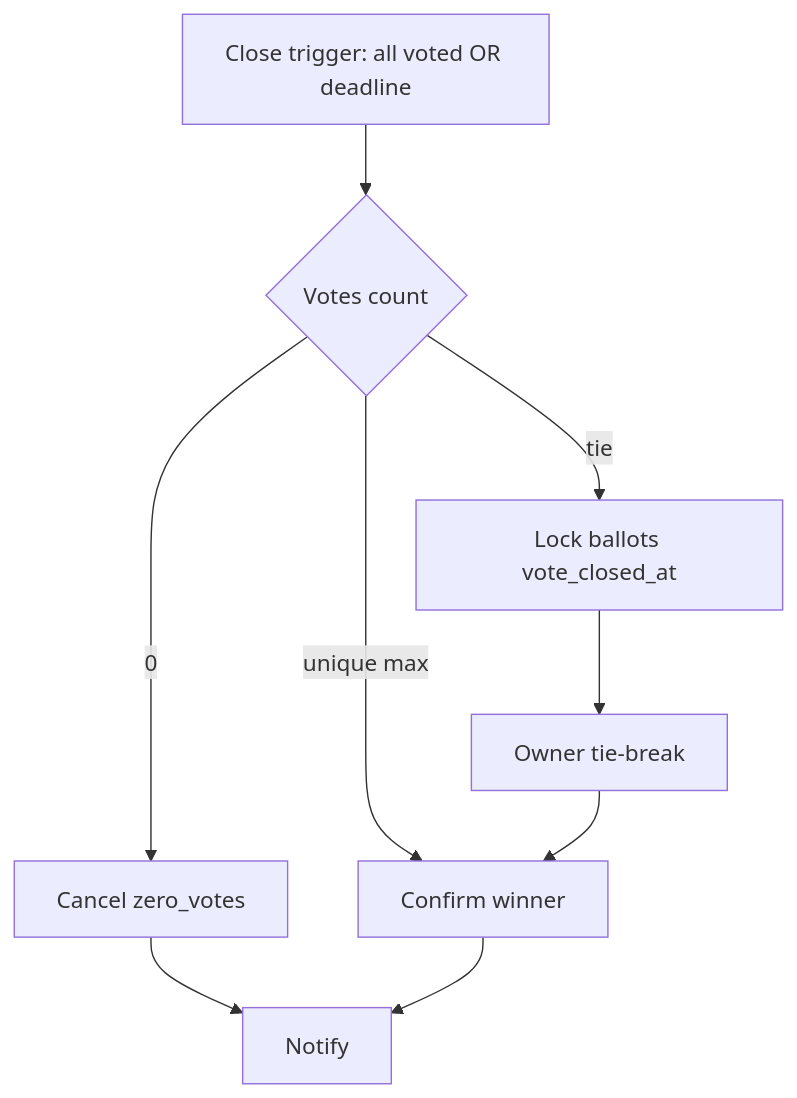
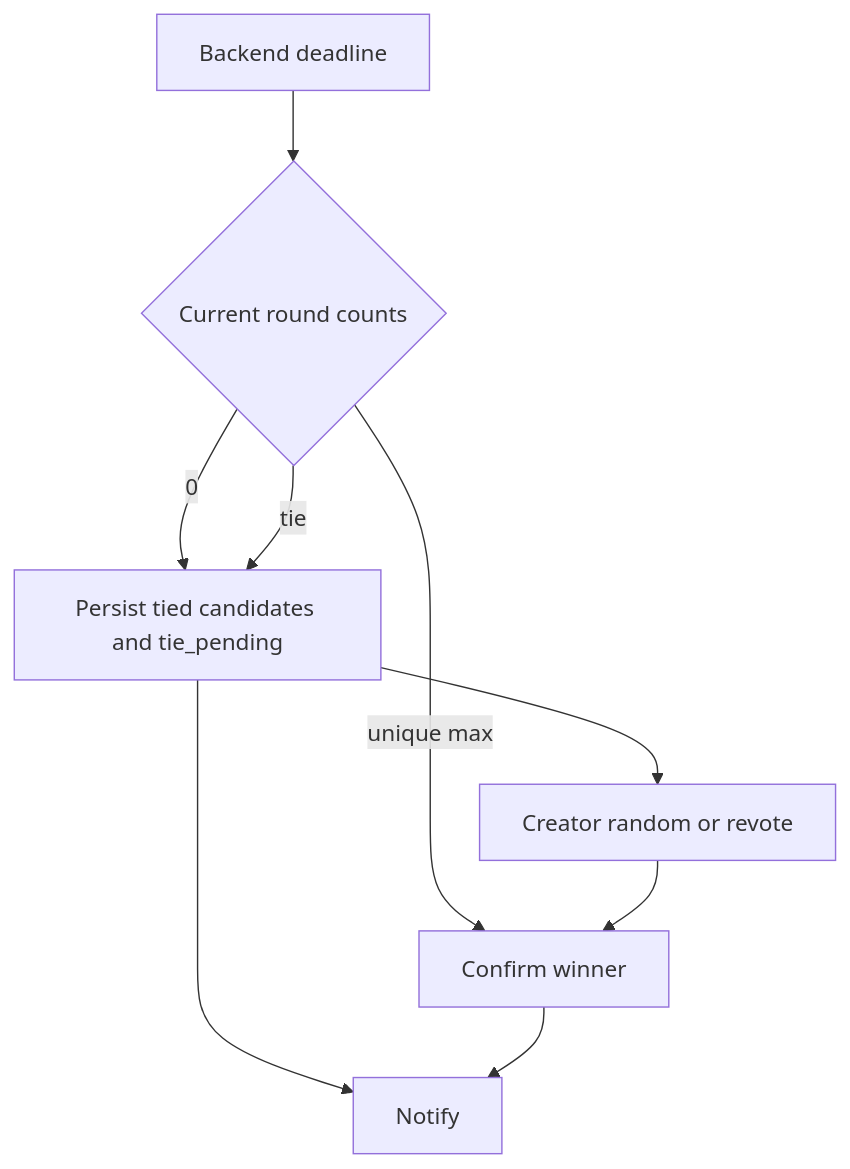
Before and after one commit to MohamedMSalah/yalla5roga: the eighth of 12 diagrams in docs/SYSTEM_DESIGN.md, drawn with Mermaid. The commit also changed other lines of this file and 77 other files, not shown here.

````diff
--- a/docs/SYSTEM_DESIGN.md
+++ b/docs/SYSTEM_DESIGN.md
@@ -363,11 +363,11 @@
 ```mermaid
 flowchart TD
-  A[Close trigger: all voted OR deadline] --> B{Votes count}
-  B -->|0| C[Cancel zero_votes]
+  A[Backend deadline] --> B{Current round counts}
+  B -->|0| E[Persist tied candidates and tie_pending]
   B -->|unique max| D[Confirm winner]
-  B -->|tie| E[Lock ballots vote_closed_at]
-  E --> F[Owner tie-break]
+  B -->|tie| E
+  E --> F[Creator random or revote]
   F --> D
-  C --> N[Notify]
+  E --> N[Notify]
   D --> N
 ```
````
